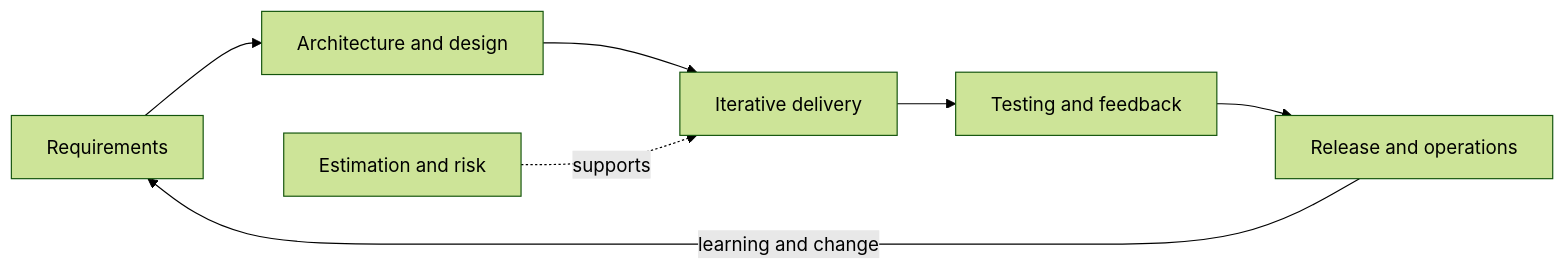
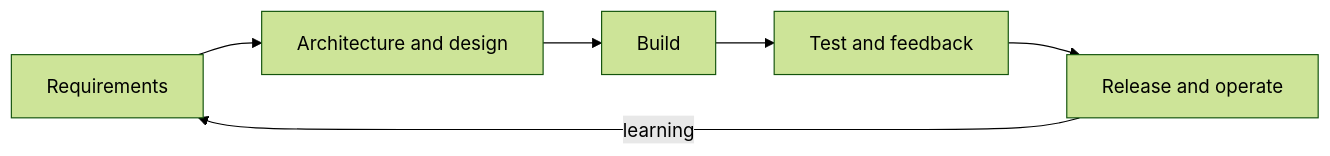
Before and after one commit to rashid-mamun/tech-interview-hub: the diagram in docs/software engineering/index.md, drawn with Mermaid (forest theme). The commit also changed other lines of this file and 43 other files, not shown here.

````diff
--- a/docs/software engineering/index.md
+++ b/docs/software engineering/index.md
@@ -8,9 +10,6 @@
 ```mermaid
 flowchart LR
-    Requirements[Requirements] --> Architecture[Architecture and design]
-    Architecture --> Delivery[Iterative delivery]
-    Delivery --> Testing[Testing and feedback]
-    Testing --> Operations[Release and operations]
-    Operations -->|learning and change| Requirements
-    Planning[Estimation and risk] -. supports .-> Delivery
+    R[Requirements] --> D[Architecture and design] --> B[Build]
+    B --> T[Test and feedback] --> O[Release and operate]
+    O -->|learning| R
 ```
````
